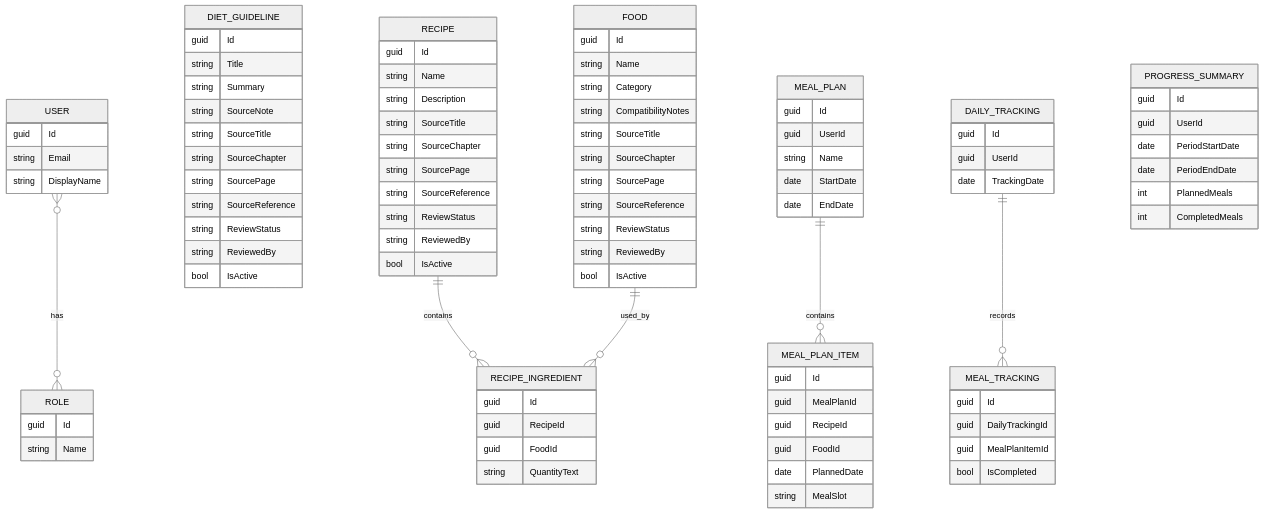
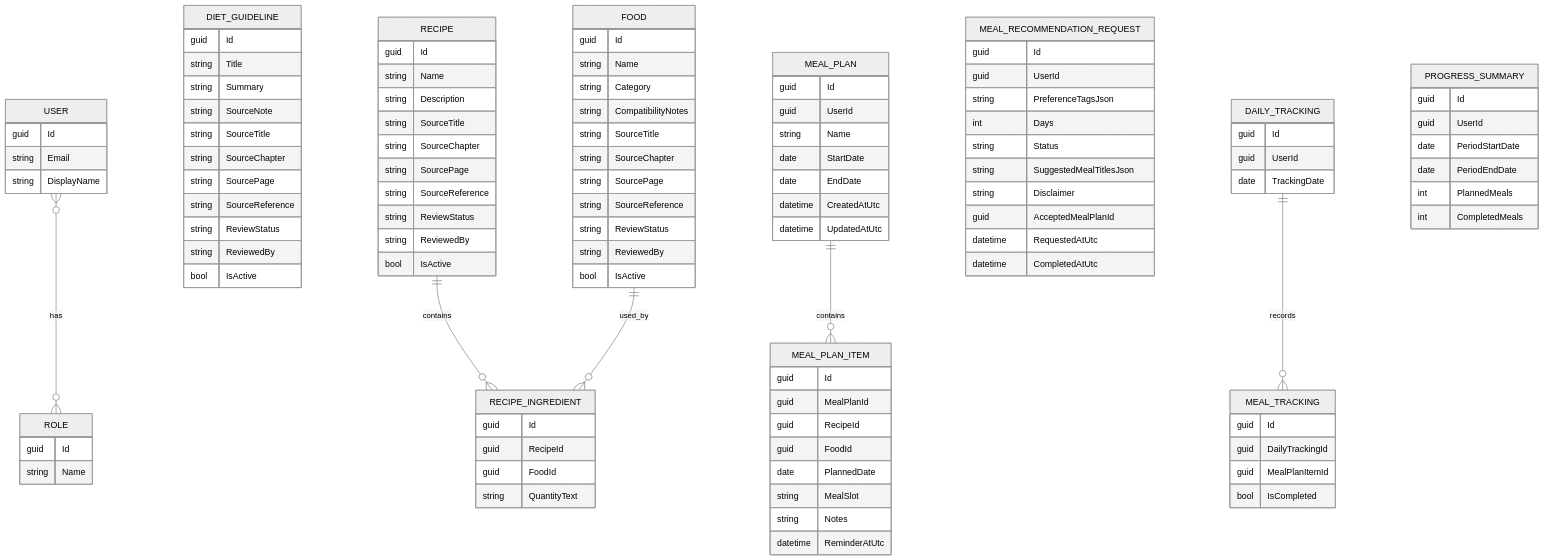
The diagram in docs/erd/Conceptual-ERD.md (HAIANH29/PRN232_ASM_PROJECT), drawn with Mermaid (neutral theme) before and after one commit. The commit also changed other lines of this file and 48 other files, not shown here.

```diff
--- a/docs/erd/Conceptual-ERD.md
+++ b/docs/erd/Conceptual-ERD.md
@@ -67,6 +67,8 @@
         string Name
         date StartDate
         date EndDate
+        datetime CreatedAtUtc
+        datetime UpdatedAtUtc
     }
 
     MEAL_PLAN_ITEM {
@@ -76,6 +78,21 @@
         guid FoodId
         date PlannedDate
         string MealSlot
+        string Notes
+        datetime ReminderAtUtc
+    }
+
+    MEAL_RECOMMENDATION_REQUEST {
+        guid Id
+        guid UserId
+        string PreferenceTagsJson
+        int Days
+        string Status
+        string SuggestedMealTitlesJson
+        string Disclaimer
+        guid AcceptedMealPlanId
+        datetime RequestedAtUtc
+        datetime CompletedAtUtc
     }
 
     DAILY_TRACKING {
```
